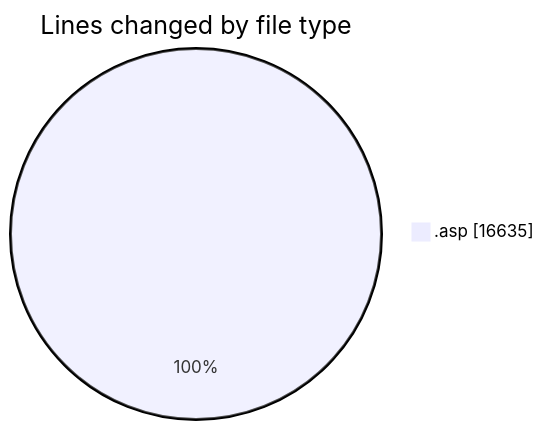
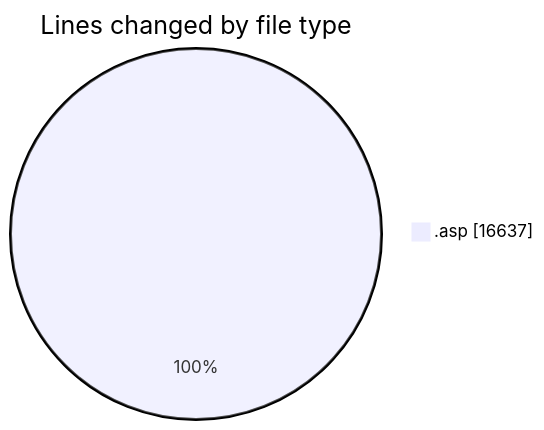
One commit to julien-gomy/code-tracking changed the first of 2 diagrams in 2025-11-14/cdp_aleoudev_fr__workspace_/README.md. Above: the diagram before and after it, drawn with Mermaid. The commit also changed other lines of this file and 1 other file, not shown here.

````diff
--- a/2025-11-14/cdp_aleoudev_fr__workspace_/README.md
+++ b/2025-11-14/cdp_aleoudev_fr__workspace_/README.md
@@ -33,5 +33,5 @@
 ```mermaid
 pie showData
 title Lines changed by file type
-".asp" : 16635
+".asp" : 16637
 ```
````
